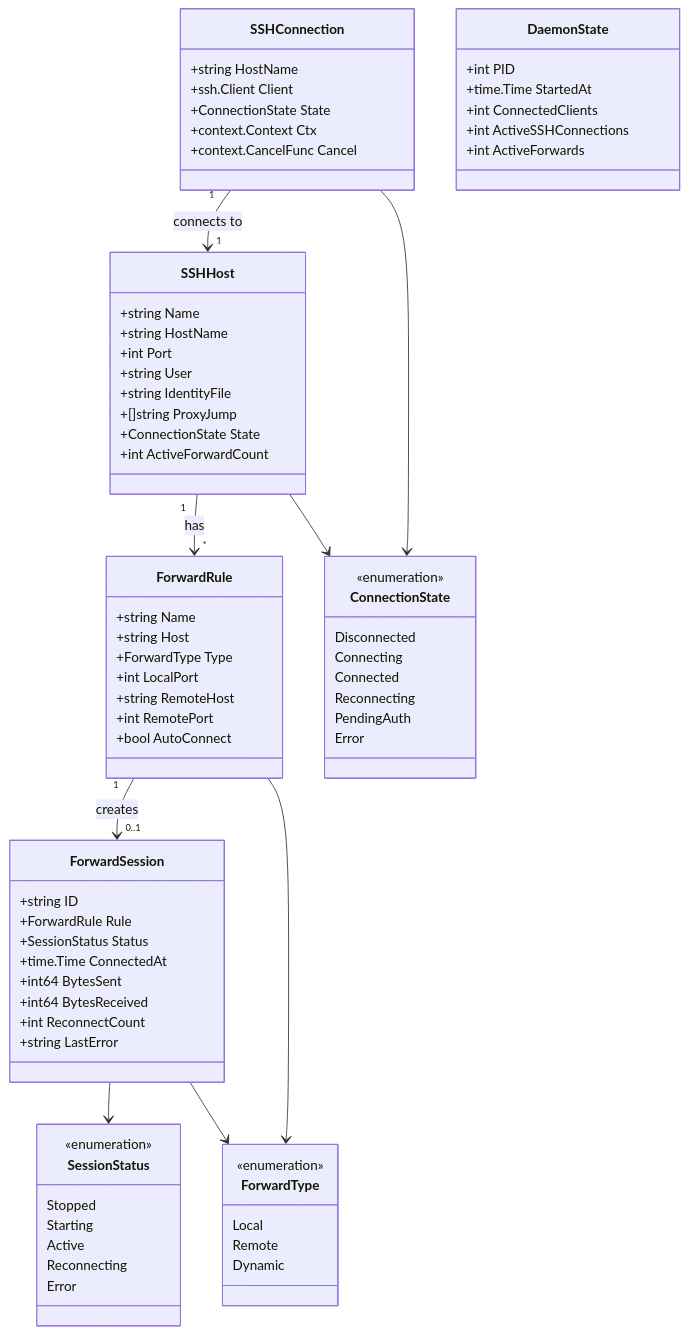
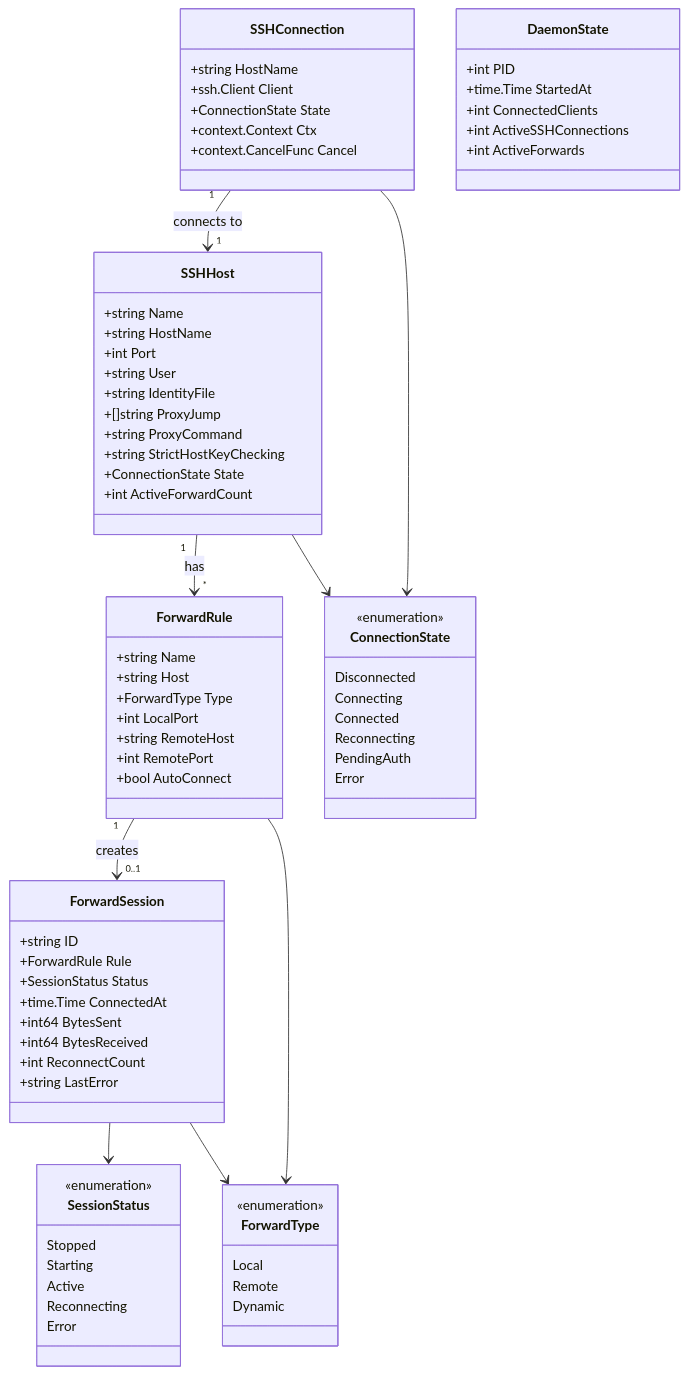
The second of 4 diagrams in docs/architecture/data-model.md (ousiassllc/MolePort), drawn with Mermaid before and after one commit. The commit also changed other lines of this file and 4 other files, not shown here.

Commit message:
docs: StrictHostKeyChecking対応のREADMEと仕様書を更新する

```diff
--- a/docs/architecture/data-model.md
+++ b/docs/architecture/data-model.md
@@ -191,6 +191,8 @@
         +string User
         +string IdentityFile
         +[]string ProxyJump
+        +string ProxyCommand
+        +string StrictHostKeyChecking
         +ConnectionState State
         +int ActiveForwardCount
     }
```
